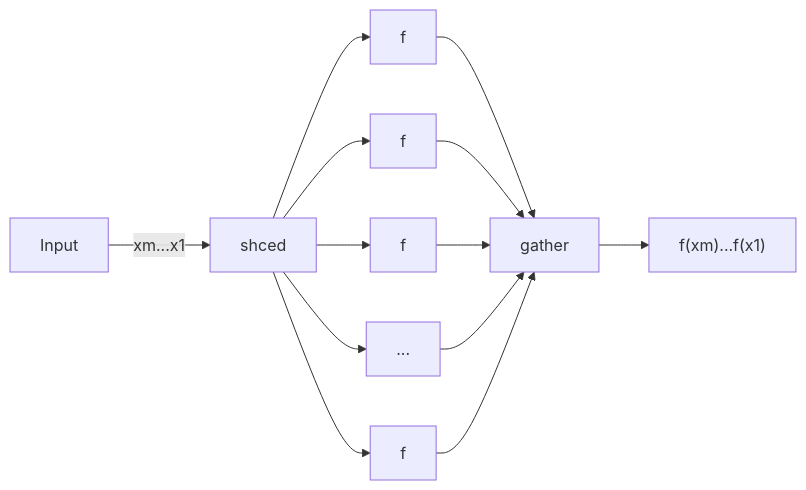
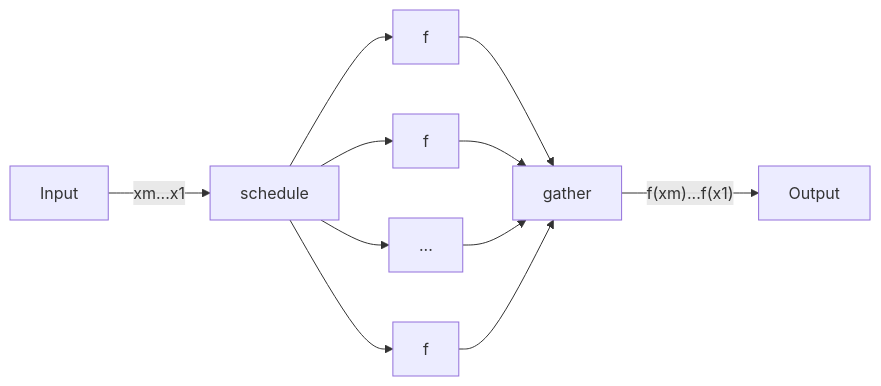
The second of 2 diagrams in Architettura e sistemi operativi/Parallelismo.md (SuperSamus/appunti-universitari), drawn with Mermaid before and after one commit. The commit also changed other lines of this file, not shown here.

````diff
--- a/Architettura e sistemi operativi/Parallelismo.md
+++ b/Architettura e sistemi operativi/Parallelismo.md
@@ -87,4 +87,4 @@
 ```mermaid
 flowchart LR
-Input -- "xm...x1" --> shced --> f1[f] & f2[f] & f3[f] & f[...] & fn[f] --> gather --> result["f(xm)...f(x1)"]
+Input -- "xm...x1" --> schedule --> f1[f] & f2[f] & f[...] & fn[f] --> gather -- "f(xm)...f(x1)" --> Output
 ```
````
